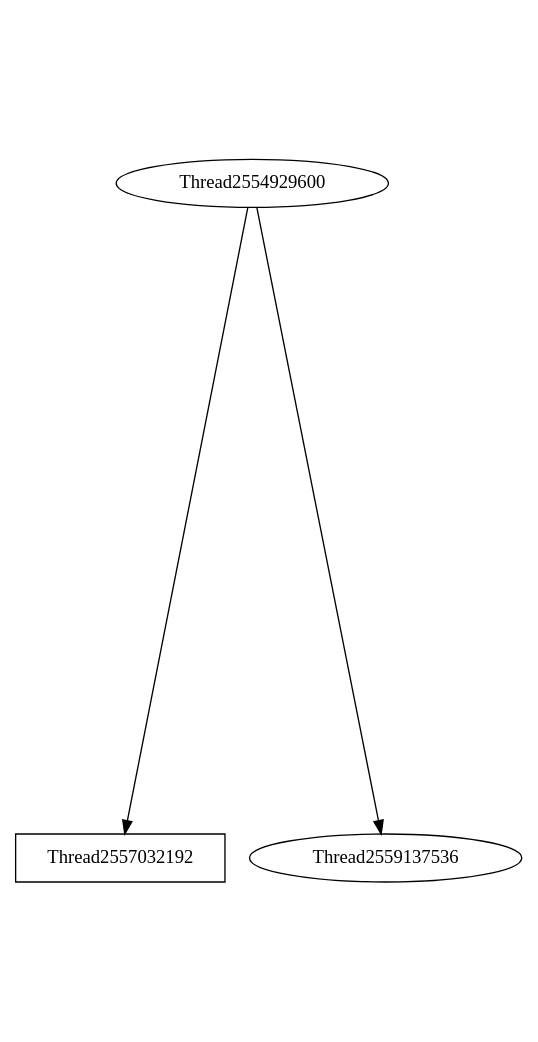
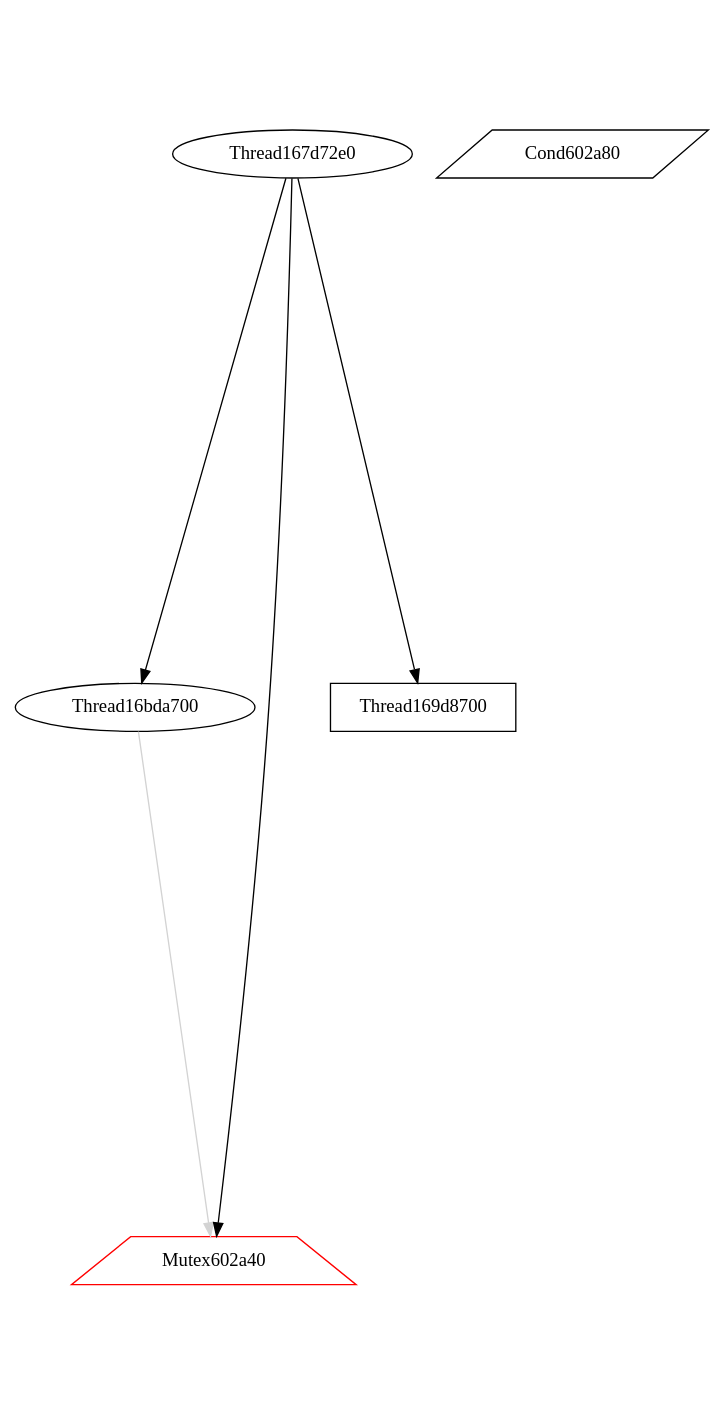
One commit to v4o6/cs410 changed the diagram in view/dot/graph073.dot. Above: the diagram before and after it, drawn with Graphviz. The commit also changed 200 other files, not shown here.

```diff
--- a/view/dot/graph073.dot
+++ b/view/dot/graph073.dot
@@ -1,6 +1,10 @@
 digraph G {
 graph[center=true, ratio=2];
-Thread2554929600 -> Thread2557032192 [arrowhead=normal];
-Thread2554929600 -> Thread2559137536 [arrowhead=normal];
-Thread2557032192 [shape=box,color=black];
+Thread16bda700 -> Mutex602a40 [arrowhead=normal,color=lightgray];
+Mutex602a40 [shape=trapezium,color=red];
+Cond602a80 [shape=parallelogram,color=black];
+Thread169d8700 [shape=box,color=black];
+Thread167d72e0 -> Thread16bda700 [arrowhead=normal];
+Thread167d72e0 -> Mutex602a40 [arrowhead=normal,color=black];
+Thread167d72e0 -> Thread169d8700 [arrowhead=normal];
 }
```
